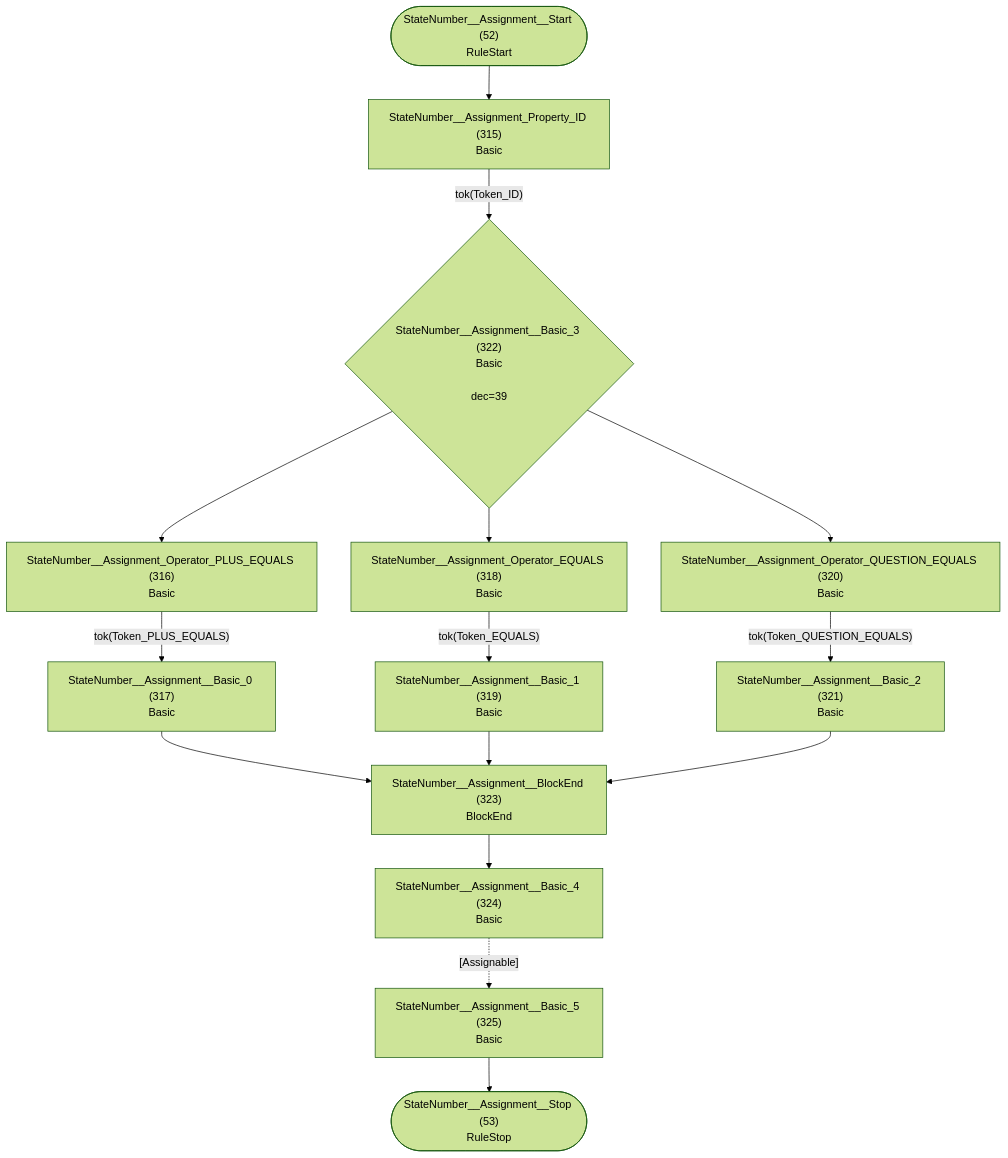
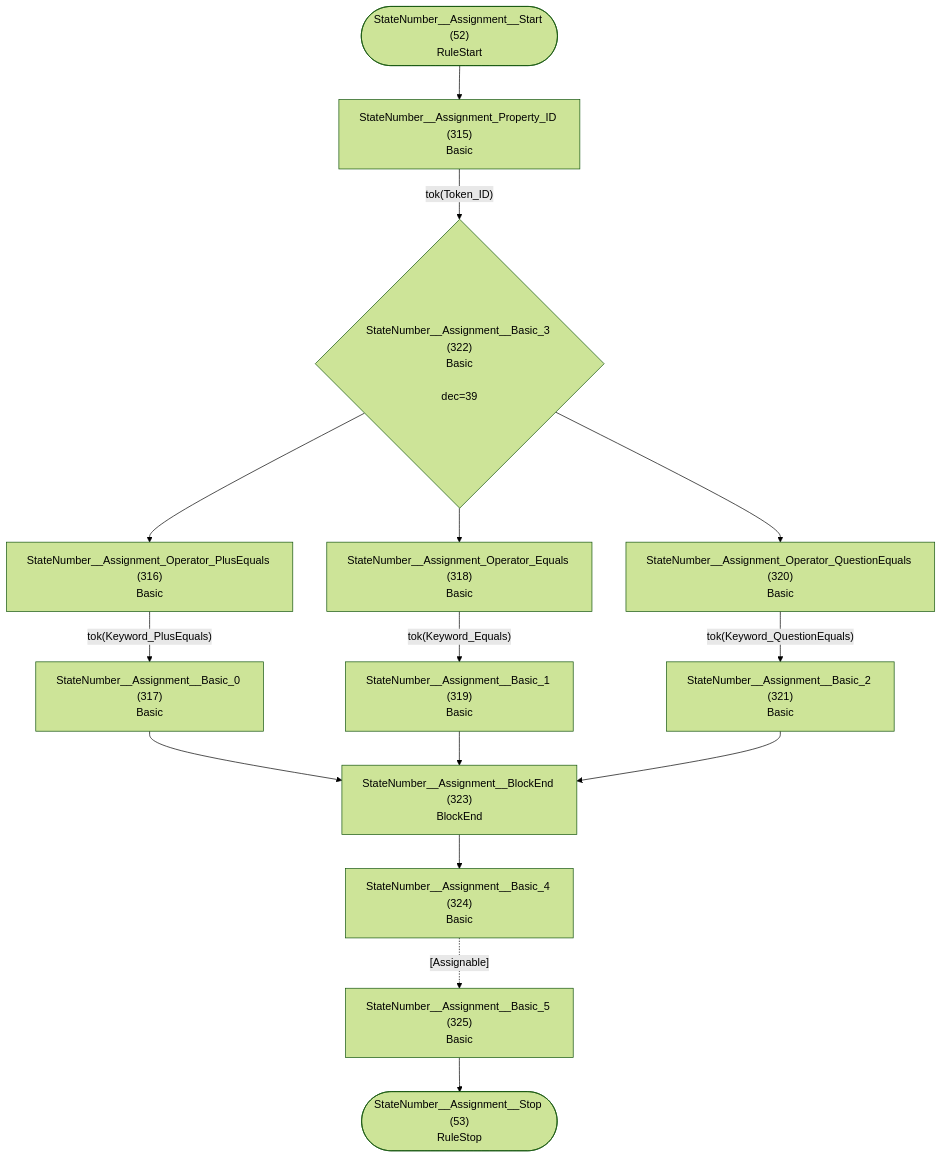
Before and after one commit to TypeFox/fastbelt: diagram 27 of 37 in internal/grammar/atn.md, drawn with Mermaid (forest theme). The commit also changed other lines of this file and 7 other files, not shown here.

````diff
--- a/internal/grammar/atn.md
+++ b/internal/grammar/atn.md
@@ -801,31 +801,31 @@
 ```mermaid
 flowchart TD
     q52(["StateNumber__Assignment__Start (52)<br/>RuleStart"])
     q53(["StateNumber__Assignment__Stop (53)<br/>RuleStop"])
     q315["StateNumber__Assignment_Property_ID (315)<br/>Basic<br/>"]
-    q316["StateNumber__Assignment_Operator_PLUS_EQUALS (316)<br/>Basic<br/>"]
+    q316["StateNumber__Assignment_Operator_PlusEquals (316)<br/>Basic<br/>"]
     q317["StateNumber__Assignment__Basic_0 (317)<br/>Basic<br/>"]
-    q318["StateNumber__Assignment_Operator_EQUALS (318)<br/>Basic<br/>"]
+    q318["StateNumber__Assignment_Operator_Equals (318)<br/>Basic<br/>"]
     q319["StateNumber__Assignment__Basic_1 (319)<br/>Basic<br/>"]
-    q320["StateNumber__Assignment_Operator_QUESTION_EQUALS (320)<br/>Basic<br/>"]
+    q320["StateNumber__Assignment_Operator_QuestionEquals (320)<br/>Basic<br/>"]
     q321["StateNumber__Assignment__Basic_2 (321)<br/>Basic<br/>"]
     q322{"StateNumber__Assignment__Basic_3 (322)<br/>Basic<br/><br/>dec=39"}
     q323["StateNumber__Assignment__BlockEnd (323)<br/>BlockEnd<br/>"]
     q324["StateNumber__Assignment__Basic_4 (324)<br/>Basic<br/>"]
     q325["StateNumber__Assignment__Basic_5 (325)<br/>Basic<br/>"]
 
     q52 --> q315
     q315 -->|"tok(Token_ID)"| q322
-    q316 -->|"tok(Token_PLUS_EQUALS)"| q317
+    q316 -->|"tok(Keyword_PlusEquals)"| q317
     q317 --> q323
-    q318 -->|"tok(Token_EQUALS)"| q319
+    q318 -->|"tok(Keyword_Equals)"| q319
     q319 --> q323
-    q320 -->|"tok(Token_QUESTION_EQUALS)"| q321
+    q320 -->|"tok(Keyword_QuestionEquals)"| q321
     q321 --> q323
     q322 --> q316
     q322 --> q318
     q322 --> q320
     q323 --> q324
     q324 -.->|"[Assignable]"| q325
     q325 --> q53
 ```
````
